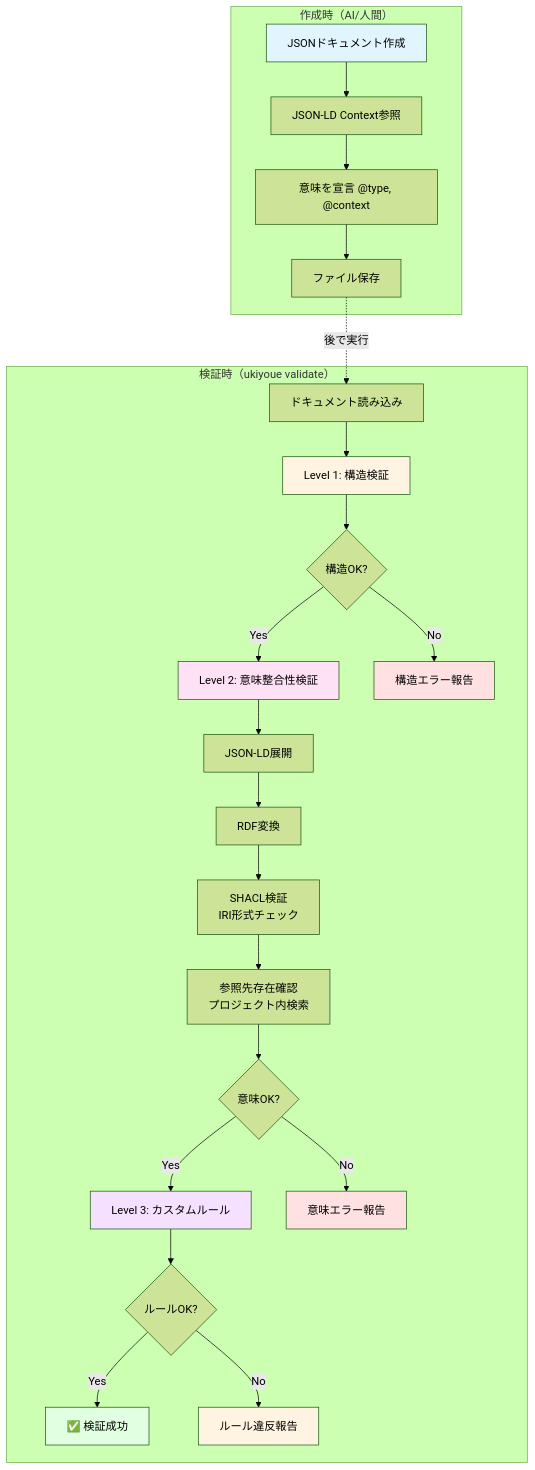
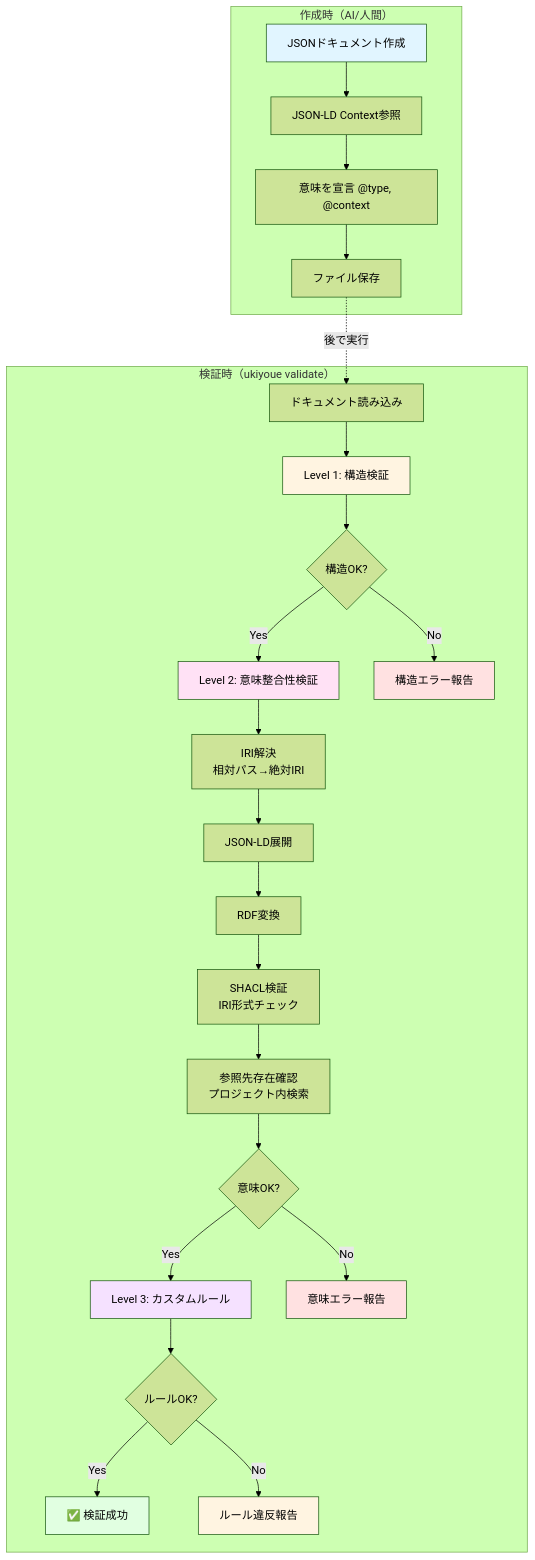
One commit to mahitotsu/ukiyoue changed the third of 4 diagrams in docs/architecture.md. Above: the diagram before and after it, drawn with Mermaid (forest theme). The commit also changed other lines of this file, not shown here.

````diff
--- a/docs/architecture.md
+++ b/docs/architecture.md
@@ -994,38 +1006,39 @@
 ```mermaid
 graph TD
     subgraph "作成時（AI/人間）"
         A1[JSONドキュメント作成] --> A2[JSON-LD Context参照]
         A2 --> A3[意味を宣言 @type, @context]
         A3 --> A4[ファイル保存]
     end
 
     subgraph "検証時（ukiyoue validate）"
         B1[ドキュメント読み込み] --> B2[Level 1: 構造検証]
         B2 --> B3{構造OK?}
         B3 -->|Yes| B4[Level 2: 意味整合性検証]
         B3 -->|No| E1[構造エラー報告]
 
-        B4 --> B5[JSON-LD展開]
+        B4 --> B4a[IRI解決<br/>相対パス→絶対IRI]
+        B4a --> B5[JSON-LD展開]
         B5 --> B6[RDF変換]
         B6 --> B7[SHACL検証<br/>IRI形式チェック]
         B7 --> B8[参照先存在確認<br/>プロジェクト内検索]
         B8 --> B9{意味OK?}
         B9 -->|Yes| B10[Level 3: カスタムルール]
         B9 -->|No| E2[意味エラー報告]
 
         B10 --> B11{ルールOK?}
         B11 -->|Yes| R1[✅ 検証成功]
         B11 -->|No| E3[ルール違反報告]
     end
 
     A4 -.->|後で実行| B1
 
     style A1 fill:#e1f5ff
     style B2 fill:#fff4e1
     style B4 fill:#ffe1f5
     style B10 fill:#f5e1ff
     style R1 fill:#e1ffe1
     style E1 fill:#ffe1e1
     style E2 fill:#ffe1e1
     style E3 fill:#fff4e1
 ```
````
